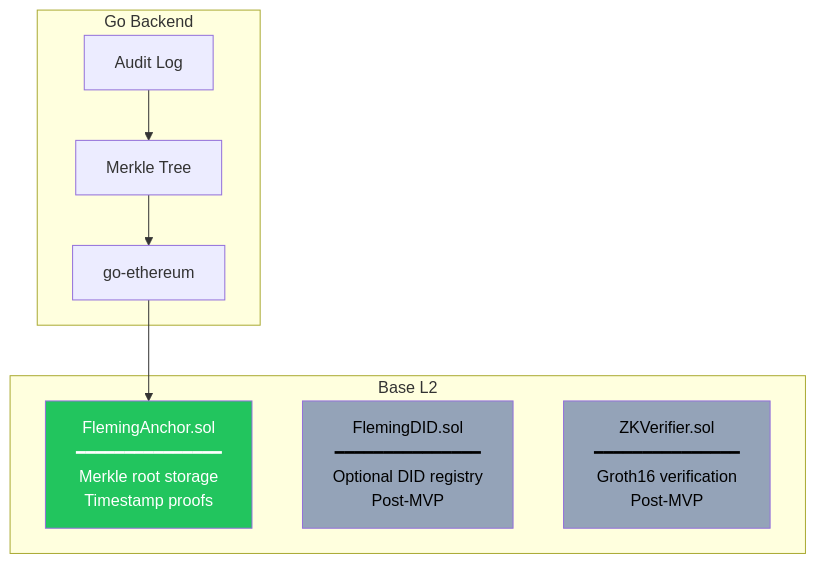
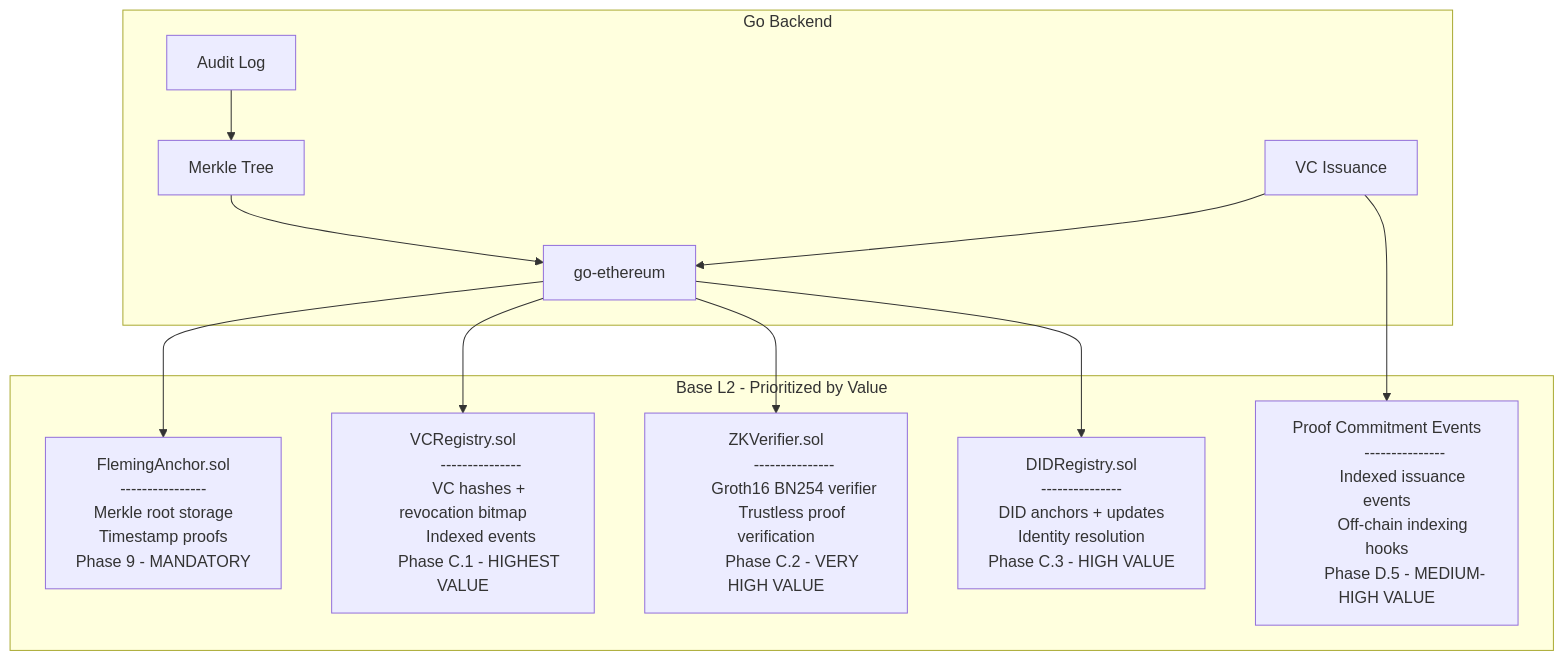
Diagram 15 of 18 in docs/ARCHITECTURE.md (itspablomontes/fleming), drawn with Mermaid before and after one commit. The commit also changed other lines of this file and 1 other file, not shown here.

````diff
--- a/docs/ARCHITECTURE.md
+++ b/docs/ARCHITECTURE.md
@@ -333,22 +852,50 @@
 ```mermaid
 graph TB
-    subgraph "Base L2"
-        Anchor[FlemingAnchor.sol<br/>━━━━━━━━━━━━━━━<br/>Merkle root storage<br/>Timestamp proofs]
-        DID[FlemingDID.sol<br/>━━━━━━━━━━━━━━━<br/>Optional DID registry<br/>Post-MVP]
-        ZKVerifier[ZKVerifier.sol<br/>━━━━━━━━━━━━━━━<br/>Groth16 verification<br/>Post-MVP]
+    subgraph base [Base L2 - Prioritized by Value]
+        Anchor[FlemingAnchor.sol
+        ----------------
+        Merkle root storage
+        Timestamp proofs
+        Phase 9 - MANDATORY]
+        
+        VCRegistry[VCRegistry.sol
+        ---------------
+        VC hashes + revocation bitmap
+        Indexed events
+        Phase C.1 - HIGHEST VALUE]
+        
+        ZKVerifier[ZKVerifier.sol
+        ---------------
+        Groth16 BN254 verifier
+        Trustless proof verification
+        Phase C.2 - VERY HIGH VALUE]
+        
+        DIDRegistry[DIDRegistry.sol
+        ---------------
+        DID anchors + updates
+        Identity resolution
+        Phase C.3 - HIGH VALUE]
+        
+        ProofEvents[Proof Commitment Events
+        ---------------
+        Indexed issuance events
+        Off-chain indexing hooks
+        Phase D.5 - MEDIUM-HIGH VALUE]
     end
-
-    subgraph "Go Backend"
-        AuditLog[Audit Log]
-        MerkleTree[Merkle Tree]
-        EthClient[go-ethereum]
+    
+    subgraph backend [Go Backend]
+        Audit[Audit Log]
+        Merkle[Merkle Tree]
+        VC[VC Issuance]
+        Eth[go-ethereum]
     end
-
-    AuditLog --> MerkleTree
-    MerkleTree --> EthClient
-    EthClient --> Anchor
-
-    style Anchor fill:#22c55e,color:#fff
-    style DID fill:#94a3b8,color:#000
-    style ZKVerifier fill:#94a3b8,color:#000
+    
+    Audit --> Merkle
+    Merkle --> Eth
+    VC --> Eth
+    Eth --> Anchor
+    Eth --> VCRegistry
+    Eth --> ZKVerifier
+    Eth --> DIDRegistry
+    VC --> ProofEvents
 ```
````
